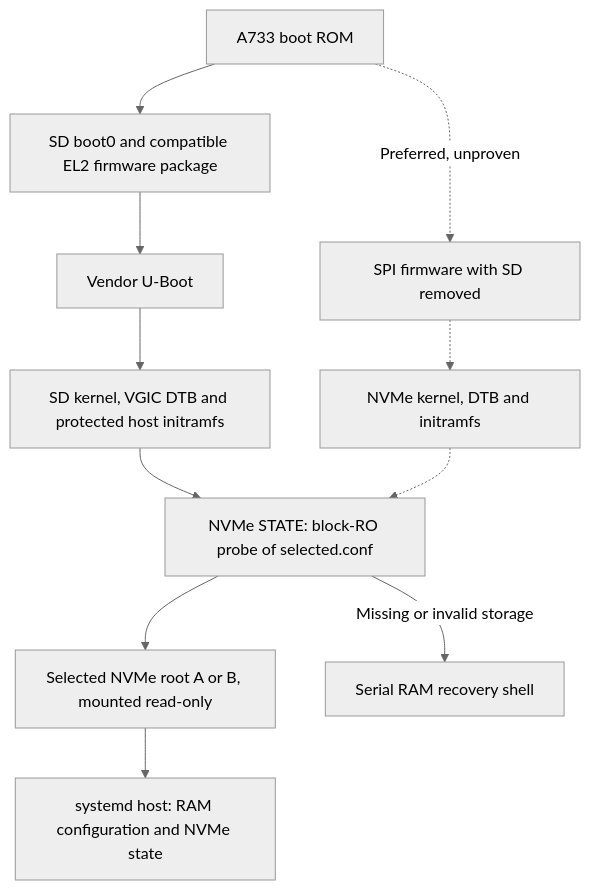
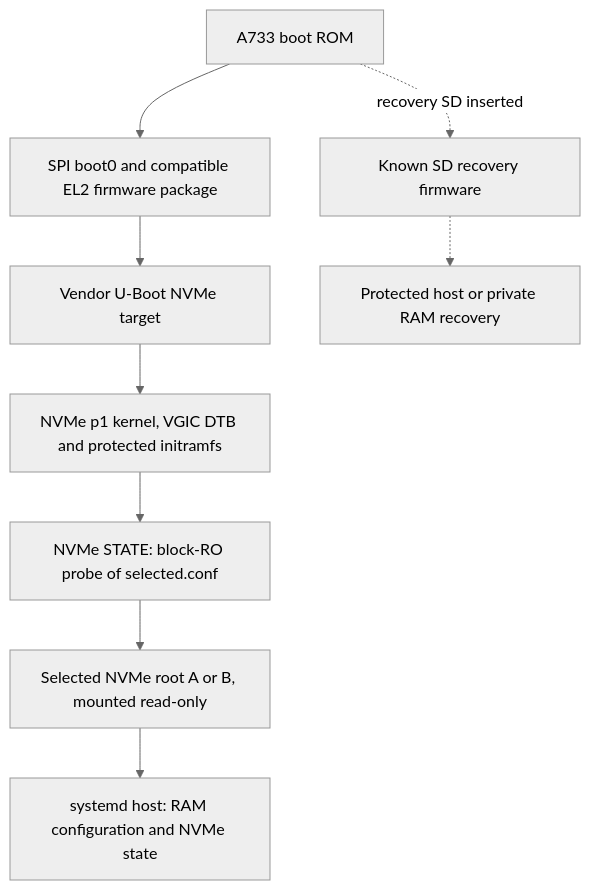
One commit to drew442/orange-pi-4-pro changed the first of 2 diagrams in docs/architecture.md. Above: the diagram before and after it, drawn with Mermaid (neutral theme). The commit also changed other lines of this file and 9 other files, not shown here.

Commit message:
Verify SD-free SPI NVMe operation with persistent real KVM guests

````diff
--- a/docs/architecture.md
+++ b/docs/architecture.md
@@ -28,13 +28,11 @@
 ```mermaid
 flowchart TD
-  ROM[A733 boot ROM] --> SD[SD boot0 and compatible EL2 firmware package]
-  SD --> UB[Vendor U-Boot]
-  UB --> FILES[SD kernel, VGIC DTB and protected host initramfs]
+  ROM[A733 boot ROM] --> SPI[SPI boot0 and compatible EL2 firmware package]
+  SPI --> UB[Vendor U-Boot NVMe target]
+  UB --> FILES[NVMe p1 kernel, VGIC DTB and protected initramfs]
   FILES --> SELECT[NVMe STATE: block-RO probe of selected.conf]
   SELECT --> ROOT[Selected NVMe root A or B, mounted read-only]
   ROOT --> HOST[systemd host: RAM configuration and NVMe state]
-  SELECT -->|Missing or invalid storage| RESCUE[Serial RAM recovery shell]
-  ROM -.->|Preferred, unproven| SPI[SPI firmware with SD removed]
-  SPI -.-> NVBOOT[NVMe kernel, DTB and initramfs]
-  NVBOOT -.-> SELECT
+  ROM -. recovery SD inserted .-> SD[Known SD recovery firmware]
+  SD -.-> RESCUE[Protected host or private RAM recovery]
 ```
````
